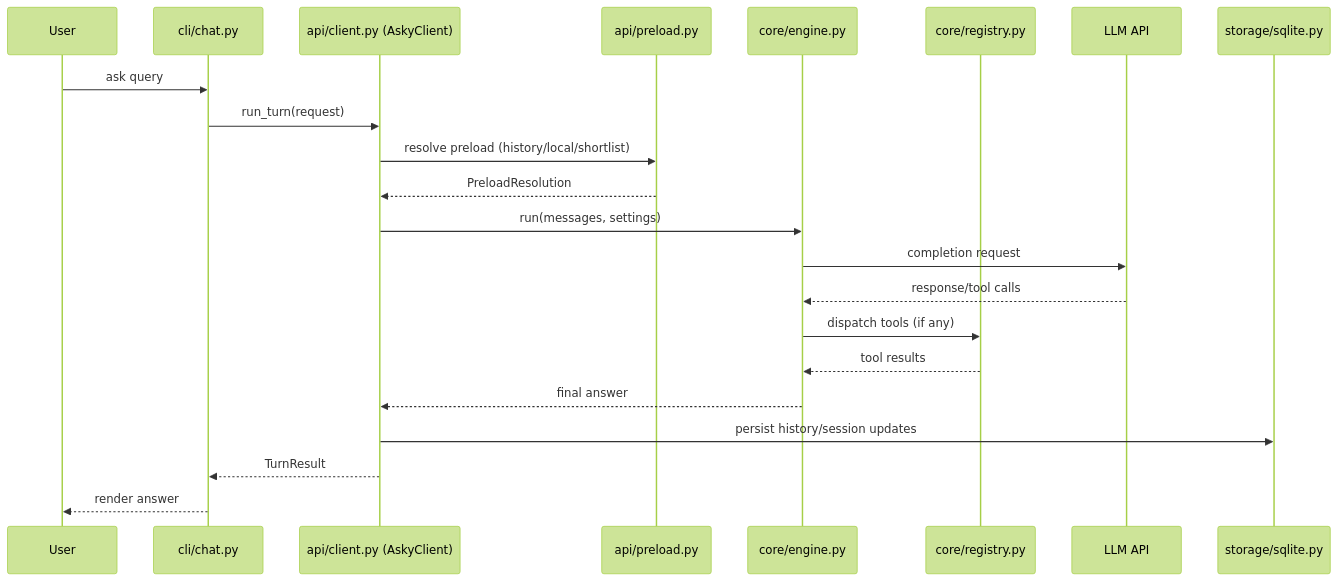
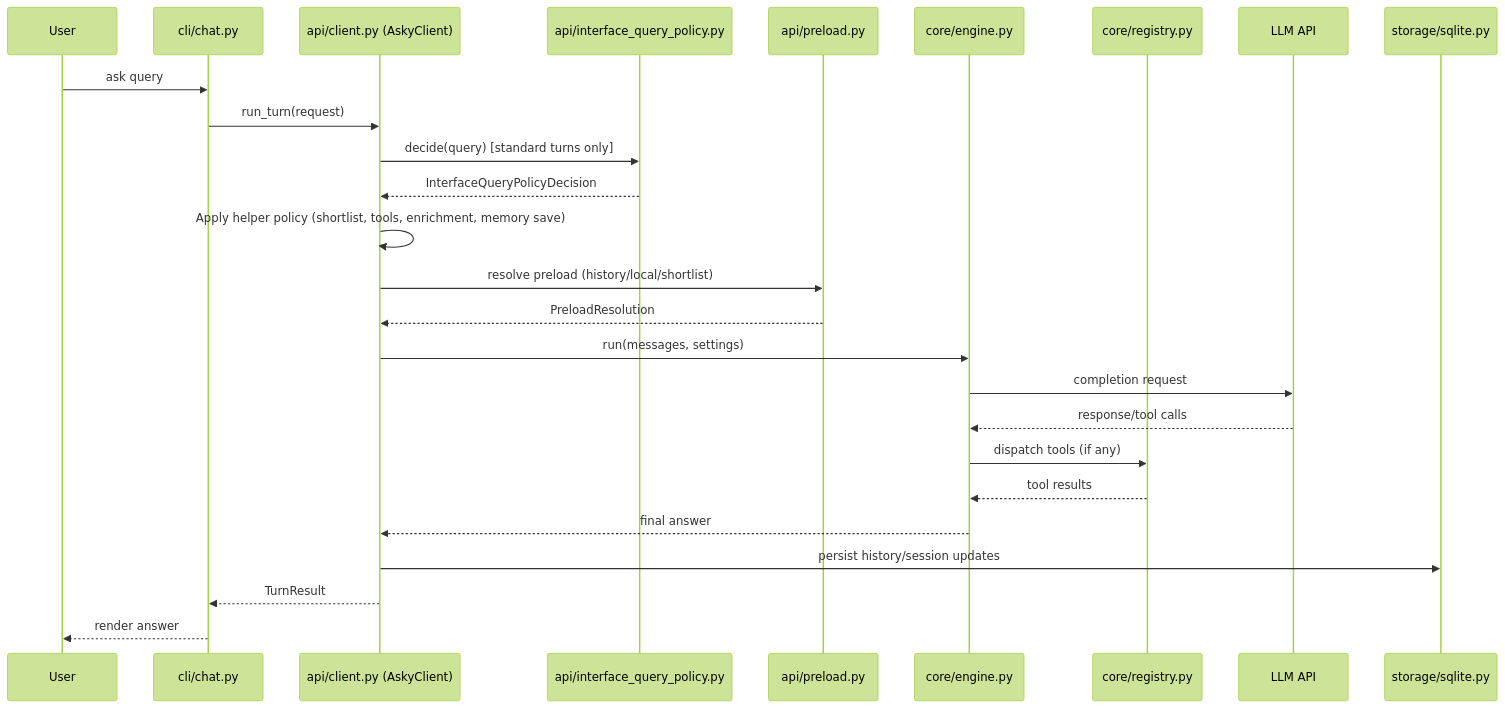
The third of 4 diagrams in ARCHITECTURE.md (evrenesat/asky), drawn with Mermaid (forest theme) before and after one commit. The commit also changed 26 other files, not shown here.

First line of the commit message:
feat(interface): add plain-query helper with tool gating and memory capture

````diff
--- a/ARCHITECTURE.md
+++ b/ARCHITECTURE.md
@@ -125,25 +125,29 @@
 ```mermaid
 sequenceDiagram
     participant U as User
     participant CLI as cli/chat.py
     participant API as api/client.py (AskyClient)
+    participant HELPER as api/interface_query_policy.py
     participant PRE as api/preload.py
     participant ENG as core/engine.py
     participant REG as core/registry.py
     participant LLM as LLM API
     participant DB as storage/sqlite.py
 
     U->>CLI: ask query
     CLI->>API: run_turn(request)
+    API->>HELPER: decide(query) [standard turns only]
+    HELPER-->>API: InterfaceQueryPolicyDecision
+    API->>API: Apply helper policy (shortlist, tools, enrichment, memory save)
     API->>PRE: resolve preload (history/local/shortlist)
     PRE-->>API: PreloadResolution
     API->>ENG: run(messages, settings)
     ENG->>LLM: completion request
     LLM-->>ENG: response/tool calls
     ENG->>REG: dispatch tools (if any)
     REG-->>ENG: tool results
     ENG-->>API: final answer
     API->>DB: persist history/session updates
     API-->>CLI: TurnResult
     CLI-->>U: render answer
 ```
````
